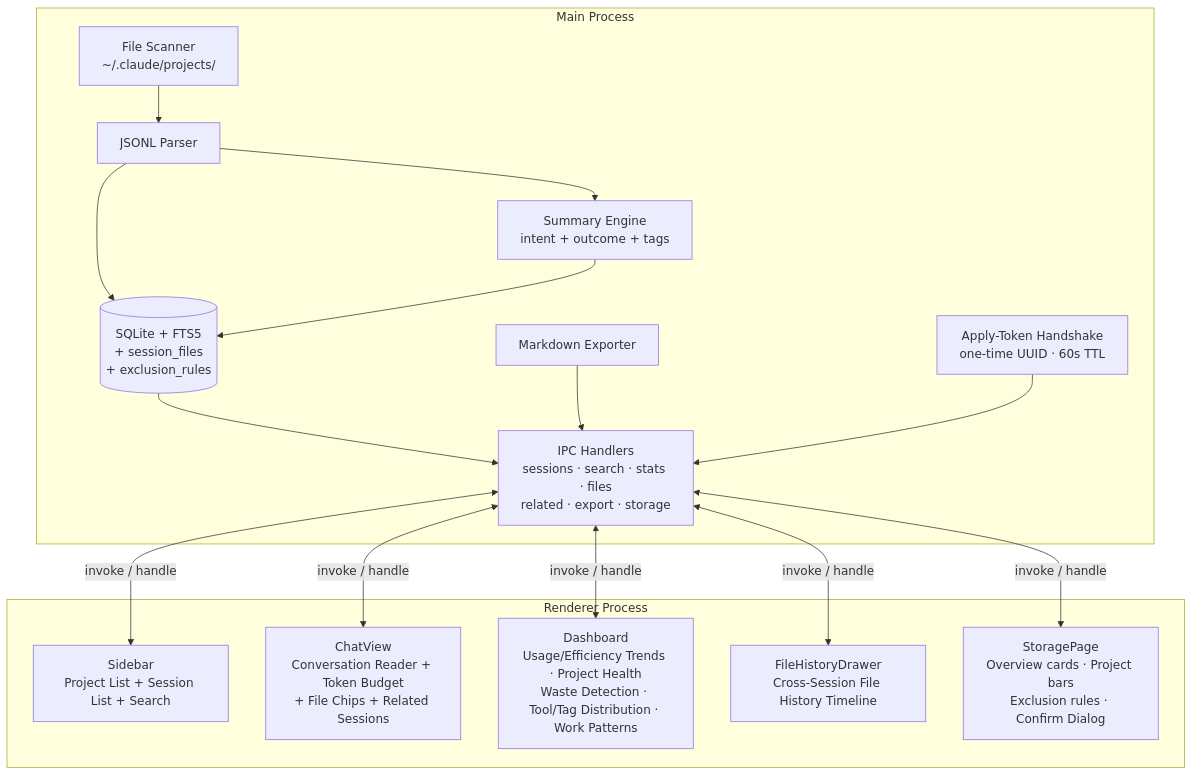
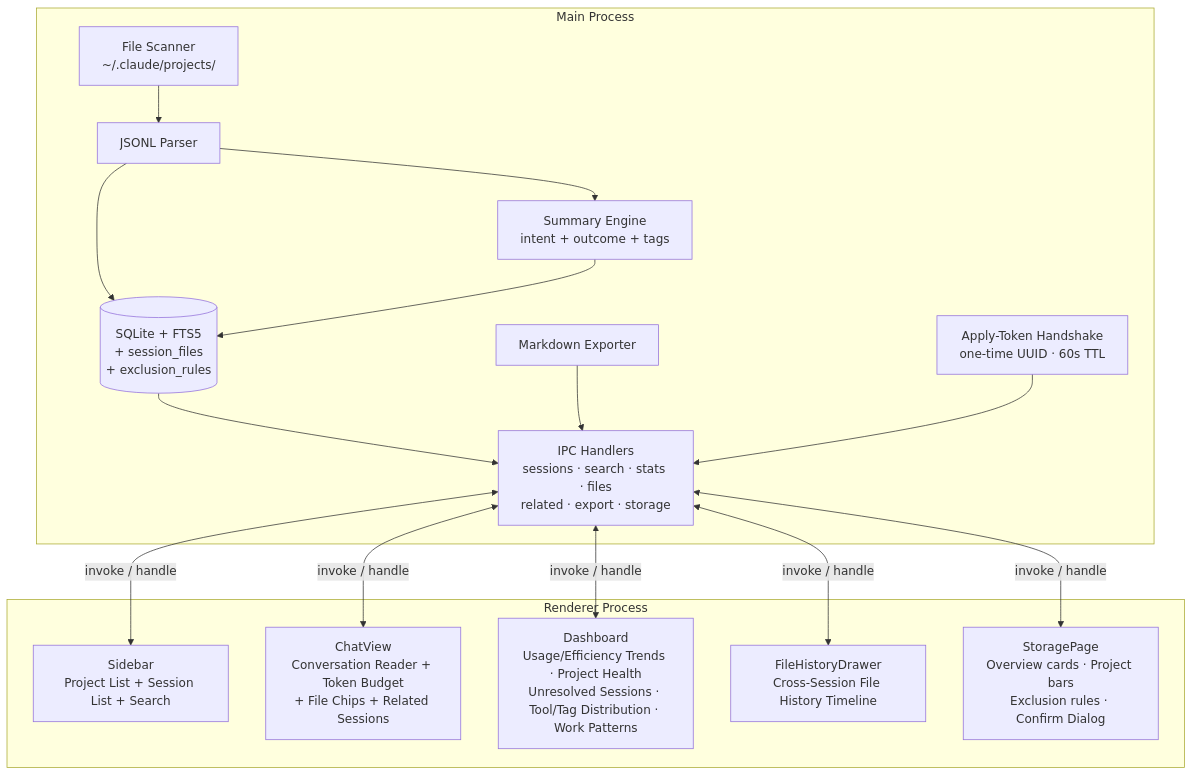
The diagram in README_EN.md (tznthou/ccRewind), drawn with Mermaid before and after one commit. The commit also changed other lines of this file and 10 other files, not shown here.

````diff
--- a/README_EN.md
+++ b/README_EN.md
@@ -160,26 +160,26 @@
 ```mermaid
 graph TB
     subgraph Main Process
         FS[File Scanner<br>~/.claude/projects/] --> JP[JSONL Parser]
         JP --> SM[Summary Engine<br>intent + outcome + tags]
         JP --> DB[(SQLite + FTS5<br>+ session_files<br>+ exclusion_rules)]
         SM --> DB
         DB --> IPC[IPC Handlers<br>sessions · search · stats · files<br>related · export · storage]
         EX[Markdown Exporter] --> IPC
         AT[Apply-Token Handshake<br>one-time UUID · 60s TTL] --> IPC
     end
 
     subgraph Renderer Process
         SB[Sidebar<br>Project List + Session List + Search]
         CV[ChatView<br>Conversation Reader + Token Budget<br>+ File Chips + Related Sessions]
-        DB_UI[Dashboard<br>Usage/Efficiency Trends · Project Health<br>Waste Detection · Tool/Tag Distribution · Work Patterns]
+        DB_UI[Dashboard<br>Usage/Efficiency Trends · Project Health<br>Unresolved Sessions · Tool/Tag Distribution · Work Patterns]
         FH[FileHistoryDrawer<br>Cross-Session File History Timeline]
         SP[StoragePage<br>Overview cards · Project bars<br>Exclusion rules · Confirm Dialog]
     end
 
     IPC <-->|invoke / handle| SB
     IPC <-->|invoke / handle| CV
     IPC <-->|invoke / handle| DB_UI
     IPC <-->|invoke / handle| FH
     IPC <-->|invoke / handle| SP
 ```
````
